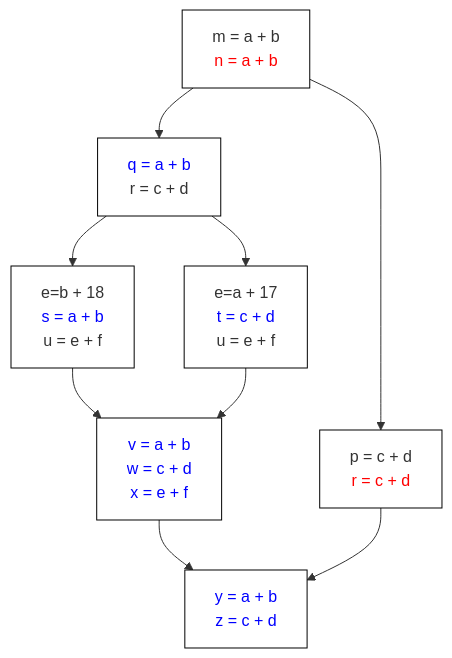
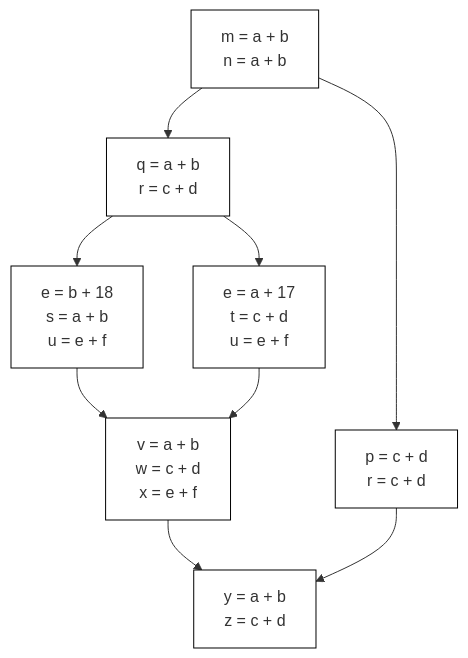
One commit to normrubin/normrubin.github.io changed the first of 2 diagrams in lectures/03b_local_value_numbering.qmd. Above: the diagram before and after it, drawn with Mermaid.

Commit message:
remove colors

````diff
--- a/lectures/03b_local_value_numbering.qmd
+++ b/lectures/03b_local_value_numbering.qmd
@@ -448,30 +448,30 @@
 ```{mermaid}
 %%{init: {"flowchart": {"htmlLabels": false}} }%%
 
 graph TB
-A["m = a + b<br/><span style='color:red'>n = a + b</span>"]
-B["p = c + d<br><span style='color:red'>r = c + d</span>"]
+A["m = a + b<br> n = a + b"]
+B["p = c + d<br>r = c + d"]
 
-C["<span style='color:blue'> q = a + b<br> </span> r = c + d"]
-D["e=b + 18<br> <span style='color:blue'> s = a + b </span> <br> u = e + f "]
-E["e=a + 17<br> <span style='color:blue'> t = c + d </span> <br> u = e + f "]
-F["<span style='color:blue'> v = a + b <br> w = c + d <br> x = e + f</span>"]
-G["<span style='color:blue'> y = a + b <br> z = c + d</span>"]
+C["q = a + b<br> r = c + d"]
+D["e = b + 18<br> s = a + b <br> u = e + f"]
+E["e = a + 17<br> t = c + d <br> u = e + f"]
+F["v = a + b <br> w = c + d <br> x = e + f"]
+G["y = a + b <br> z = c + d"]
 
 style A fill:#ffffff,stroke:#000000,stroke-width:1px
 style B fill:#ffffff,stroke:#000000,stroke-width:1px
 style C fill:#ffffff,stroke:#000000,stroke-width:1px
 style D fill:#ffffff,stroke:#000000,stroke-width:1px
 style E fill:#ffffff,stroke:#000000,stroke-width:1px
 style F fill:#ffffff,stroke:#000000,stroke-width:1px
 style G fill:#ffffff,stroke:#000000,stroke-width:1px
 A--> B
 A--> C
 C --> D
 C --> E
 D--> F
 E --> F
 F--> G
 B--> G
 
 ```
````
